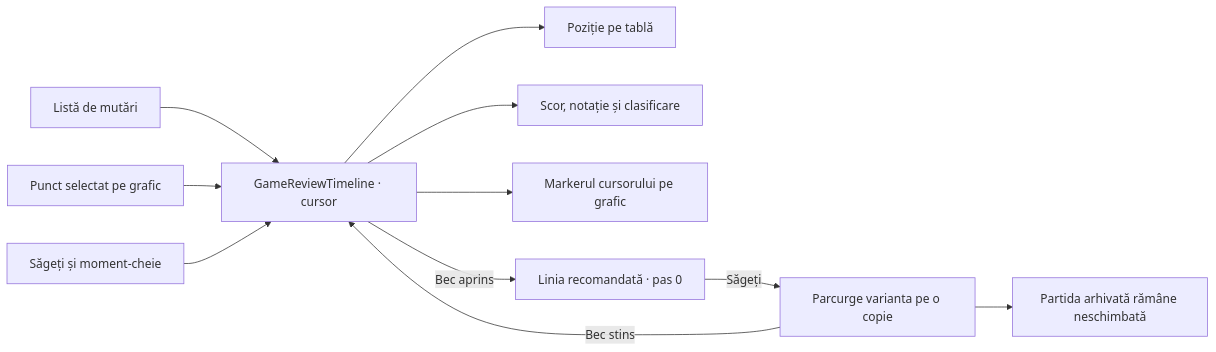
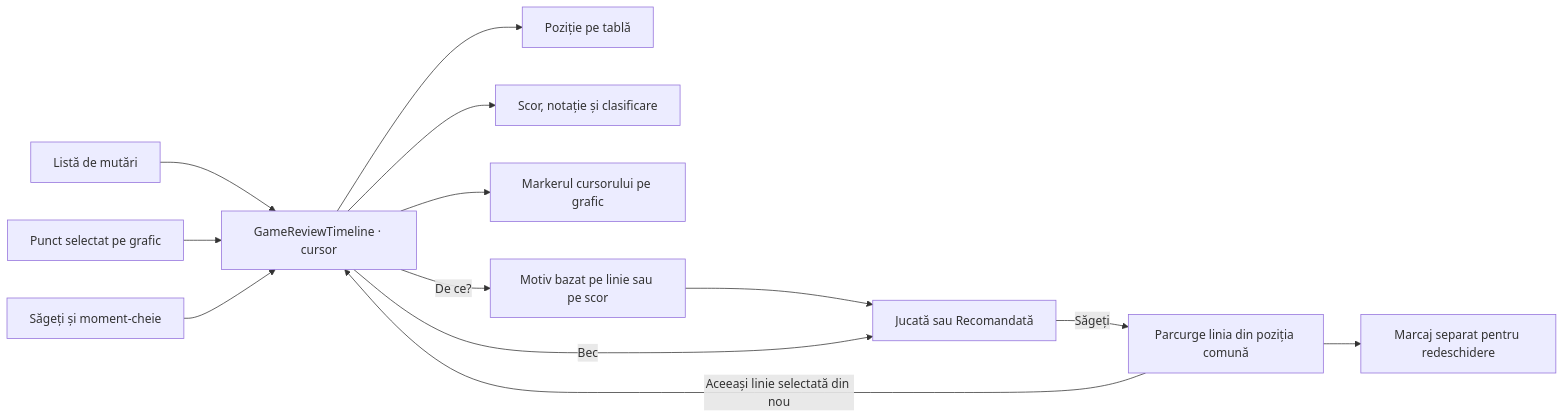
One commit to crististefanita/atf_j7 changed the fourth of 4 diagrams in docs/board/game-review.md. Above: the diagram before and after it, drawn with Mermaid. The commit also changed other lines of this file and 28 other files, not shown here.

````diff
--- a/docs/board/game-review.md
+++ b/docs/board/game-review.md
@@ -116,13 +117,15 @@
 ```mermaid
 flowchart LR
     L["Listă de mutări"] --> C["GameReviewTimeline · cursor"]
     G["Punct selectat pe grafic"] --> C
     N["Săgeți și moment-cheie"] --> C
     C --> B["Poziție pe tablă"]
     C --> S["Scor, notație și clasificare"]
     C --> M["Markerul cursorului pe grafic"]
-    C -->|"Bec aprins"| R["Linia recomandată · pas 0"]
-    R -->|"Săgeți"| P["Parcurge varianta pe o copie"]
-    P -->|"Bec stins"| C
-    P --> A["Partida arhivată rămâne neschimbată"]
+    C -->|"De ce?"| E["Motiv bazat pe linie sau pe scor"]
+    E --> R["Jucată sau Recomandată"]
+    C -->|"Bec"| R
+    R -->|"Săgeți"| P["Parcurge linia din poziția comună"]
+    P -->|"Aceeași linie selectată din nou"| C
+    P --> A["Marcaj separat pentru redeschidere"]
 ```
````
